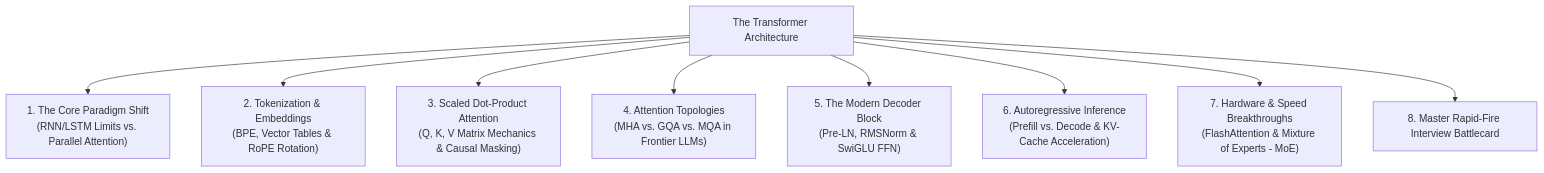
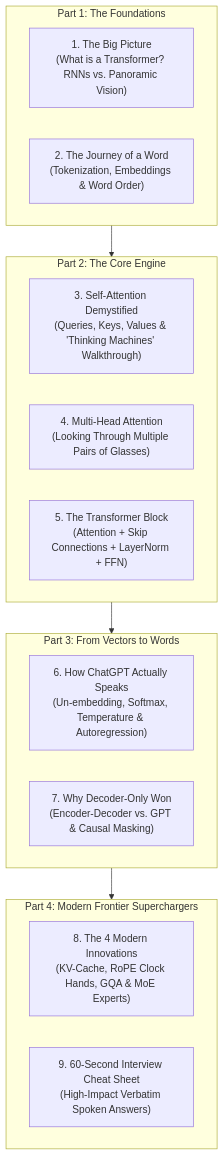
The first of 8 diagrams in TRANSFORMER_ARCHITECTURE.md (rahulkumarjha26/genai-study-materials), drawn with Mermaid before and after one commit. The commit also changed other lines of this file, not shown here.

First line of the commit message:
Reboot TRANSFORMER_ARCHITECTURE.md as a beginner-friendly masterclass

````diff
--- a/TRANSFORMER_ARCHITECTURE.md
+++ b/TRANSFORMER_ARCHITECTURE.md
@@ -28,11 +29,27 @@
 ```mermaid
 flowchart TD
-    TF["The Transformer Architecture"] --> M1["1. The Core Paradigm Shift<br/>(RNN/LSTM Limits vs. Parallel Attention)"]
-    TF --> M2["2. Tokenization & Embeddings<br/>(BPE, Vector Tables & RoPE Rotation)"]
-    TF --> M3["3. Scaled Dot-Product Attention<br/>(Q, K, V Matrix Mechanics & Causal Masking)"]
-    TF --> M4["4. Attention Topologies<br/>(MHA vs. GQA vs. MQA in Frontier LLMs)"]
-    TF --> M5["5. The Modern Decoder Block<br/>(Pre-LN, RMSNorm & SwiGLU FFN)"]
-    TF --> M6["6. Autoregressive Inference<br/>(Prefill vs. Decode & KV-Cache Acceleration)"]
-    TF --> M7["7. Hardware & Speed Breakthroughs<br/>(FlashAttention & Mixture of Experts - MoE)"]
-    TF --> M8["8. Master Rapid-Fire Interview Battlecard"]
+    subgraph Part1 ["Part 1: The Foundations"]
+        A["1. The Big Picture<br/>(What is a Transformer? RNNs vs. Panoramic Vision)"]
+        B["2. The Journey of a Word<br/>(Tokenization, Embeddings & Word Order)"]
+    end
+
+    subgraph Part2 ["Part 2: The Core Engine"]
+        C["3. Self-Attention Demystified<br/>(Queries, Keys, Values & 'Thinking Machines' Walkthrough)"]
+        D["4. Multi-Head Attention<br/>(Looking Through Multiple Pairs of Glasses)"]
+        E["5. The Transformer Block<br/>(Attention + Skip Connections + LayerNorm + FFN)"]
+    end
+
+    subgraph Part3 ["Part 3: From Vectors to Words"]
+        F["6. How ChatGPT Actually Speaks<br/>(Un-embedding, Softmax, Temperature & Autoregression)"]
+        G["7. Why Decoder-Only Won<br/>(Encoder-Decoder vs. GPT & Causal Masking)"]
+    end
+
+    subgraph Part4 ["Part 4: Modern Frontier Superchargers"]
+        H["8. The 4 Modern Innovations<br/>(KV-Cache, RoPE Clock Hands, GQA & MoE Experts)"]
+        I["9. 60-Second Interview Cheat Sheet<br/>(High-Impact Verbatim Spoken Answers)"]
+    end
+
+    Part1 --> Part2
+    Part2 --> Part3
+    Part3 --> Part4
 ```
````
